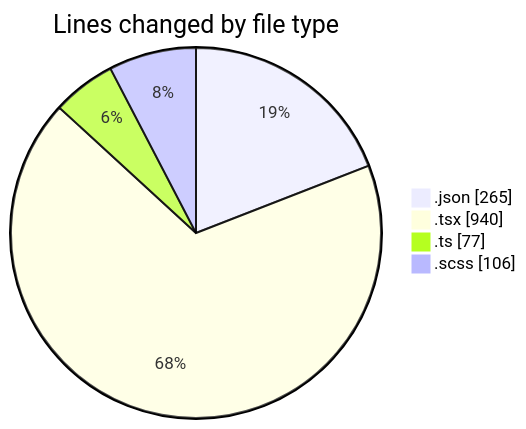
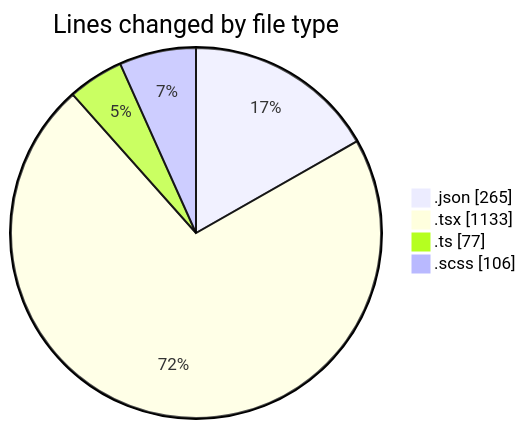
One commit to momahboobian/code-tracking changed the first of 2 diagrams in 2026-04-22/cda/README.md. Above: the diagram before and after it, drawn with Mermaid. The commit also changed other lines of this file and 1 other file, not shown here.

````diff
--- a/2026-04-22/cda/README.md
+++ b/2026-04-22/cda/README.md
@@ -29,8 +30,8 @@
 ```mermaid
 pie showData
 title Lines changed by file type
 ".json" : 265
-".tsx" : 940
+".tsx" : 1133
 ".ts" : 77
 ".scss" : 106
 ```
````
